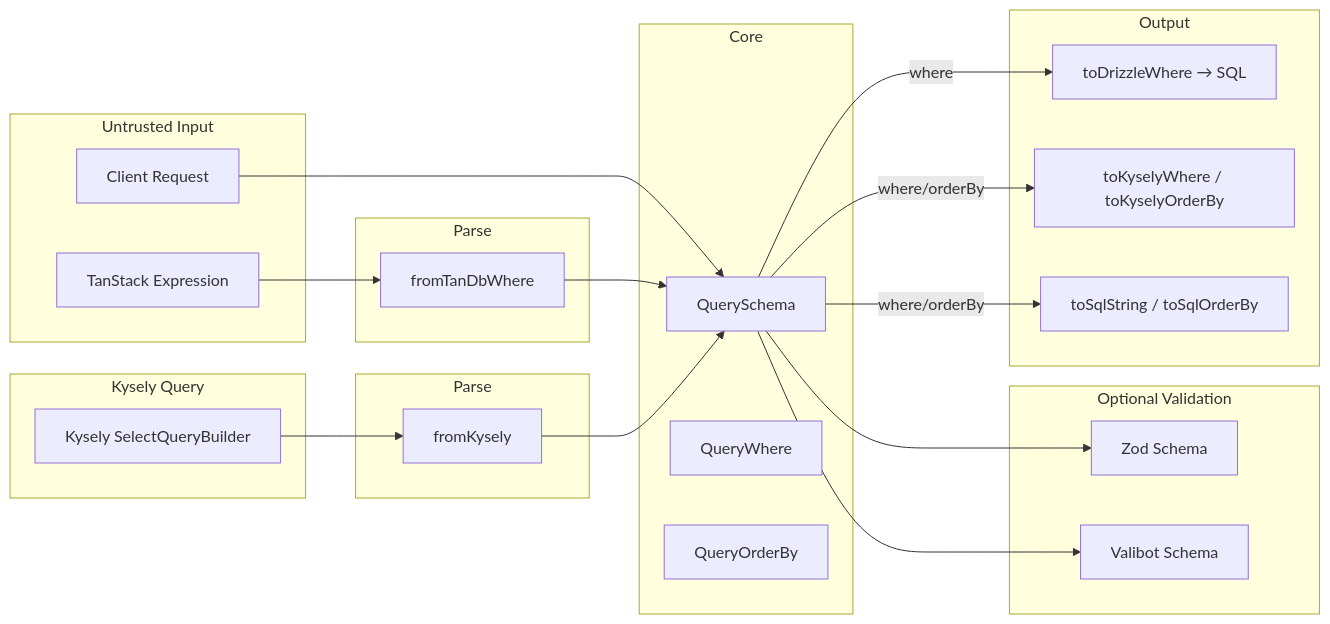
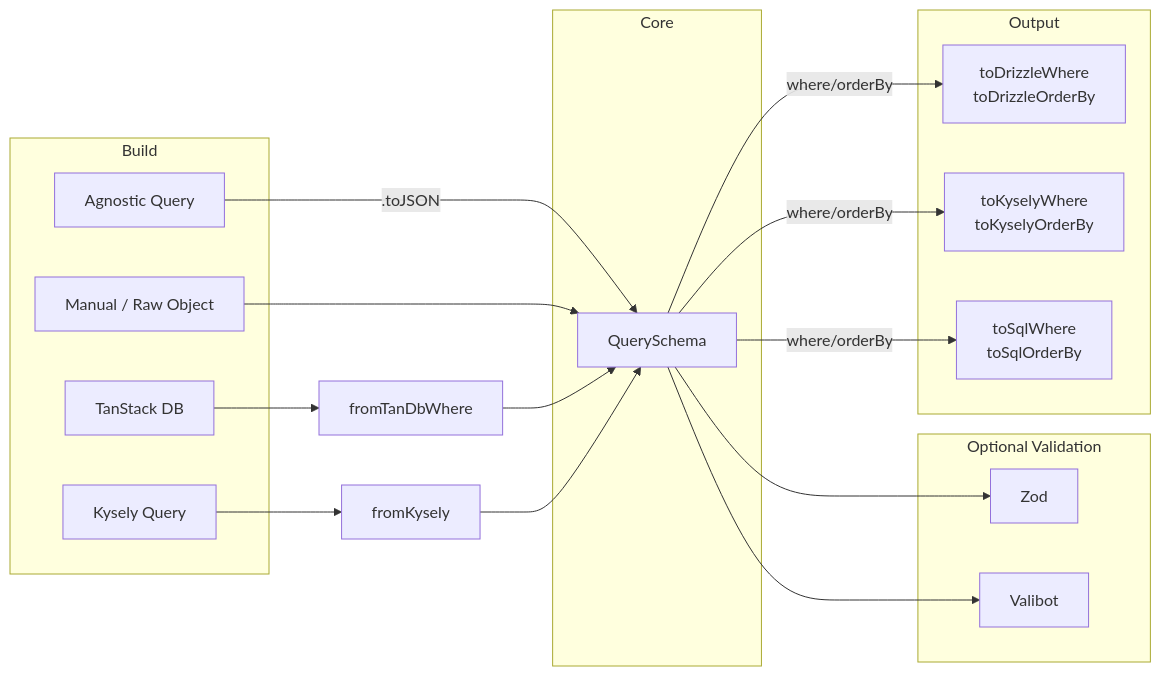
Before and after one commit to Nahida-aa/agnostic-query: the diagram in README.md, drawn with Mermaid. The commit also changed other lines of this file and 6 other files, not shown here.

````diff
--- a/README.md
+++ b/README.md
@@ -31,45 +12,34 @@
 ```mermaid
 flowchart LR
-    subgraph Input["Untrusted Input"]
-        client[Client Request]
-        tanstack_expr[TanStack Expression]
-    end
-
-    subgraph Parse["Parse"]
-        tanparse["fromTanDbWhere"]
-    end
-
-    subgraph Validate["Optional Validation"]
-        zod[Zod Schema]
-        valibot[Valibot Schema]
+    subgraph Input["Build"]
+        aq_builder["Agnostic Query"]
+        manual[Manual / Raw Object]
+        tanstack_expr[TanStack DB]
+        kysely_ast[Kysely Query]
     end
 
     subgraph Core["Core"]
         qs[QuerySchema]
-        qw[QueryWhere]
-        qob[QueryOrderBy]
+    end
+
+    subgraph Validate["Optional Validation"]
+        zod[Zod]
+        valibot[Valibot]
     end
 
     subgraph Output["Output"]
-        drizzle["toDrizzleWhere → SQL"]
-        kysely_out["toKyselyWhere / toKyselyOrderBy"]
-        sql_out["toSqlString / toSqlOrderBy"]
+        drizzle["toDrizzleWhere<br/>toDrizzleOrderBy"]
+        kysely_out["toKyselyWhere<br/>toKyselyOrderBy"]
+        sql_out["toSqlWhere<br/>toSqlOrderBy"]
     end
 
-    subgraph Input2["Kysely Query"]
-        kysely_ast[Kysely SelectQueryBuilder]
-    end
-
-    subgraph Parse2["Parse"]
-        kysely_parse["fromKysely"]
-    end
-
-    client --> qs
+    aq_builder -->|.toJSON| qs
+    manual --> qs
+    tanstack_expr --> tanparse[fromTanDbWhere] --> qs
+    kysely_ast --> kysely_parse[fromKysely] --> qs
     qs --> zod
     qs --> valibot
-    tanstack_expr --> tanparse --> qs
-    qs -- where --> drizzle
+    qs -- where/orderBy --> drizzle
     qs -- where/orderBy --> kysely_out
     qs -- where/orderBy --> sql_out
-    kysely_ast --> kysely_parse --> qs
 ```
````
